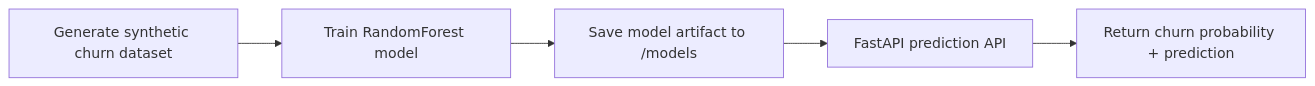
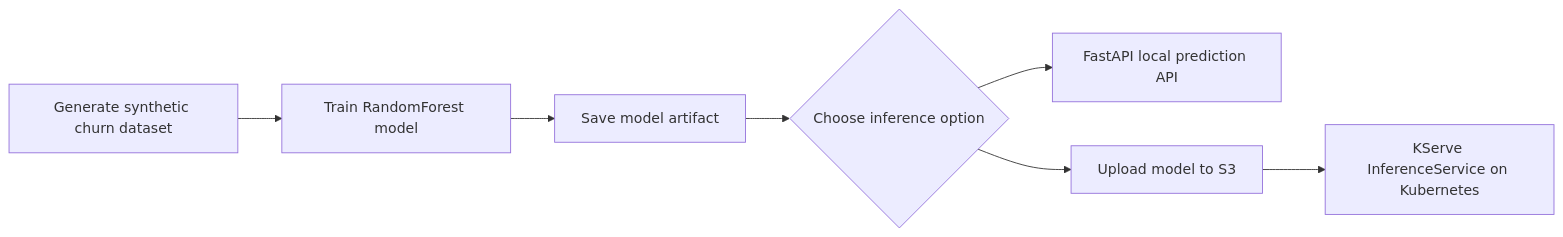
The diagram in README.md (Kevindipu/Churn_Model), drawn with Mermaid before and after one commit. The commit also changed other lines of this file, not shown here.

Commit message:
docs : updated readme to include kserve serving

````diff
--- a/README.md
+++ b/README.md
@@ -21,7 +21,9 @@
 ```mermaid
 flowchart LR
     A[Generate synthetic churn dataset] --> B[Train RandomForest model]
-    B --> C[Save model artifact to /models]
-    C --> D[FastAPI prediction API]
-    D --> E[Return churn probability + prediction]
+    B --> C[Save model artifact]
+    C --> D{Choose inference option}
+    D --> E[FastAPI local prediction API]
+    D --> F[Upload model to S3]
+    F --> G[KServe InferenceService on Kubernetes]
 ```
````
